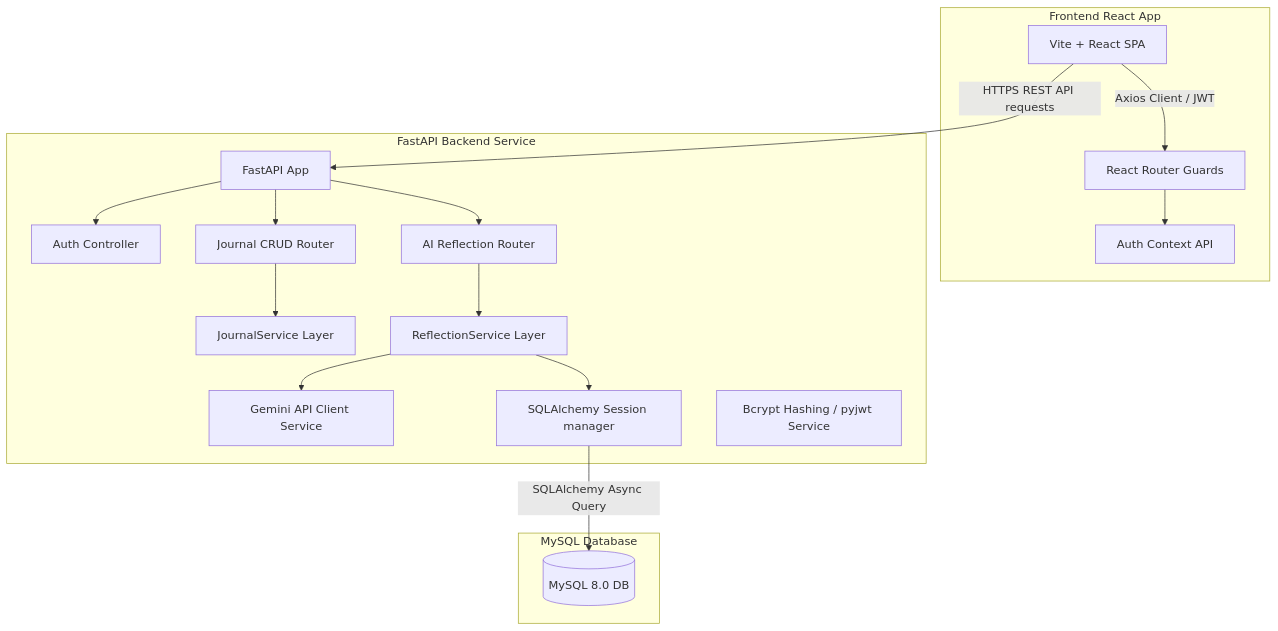
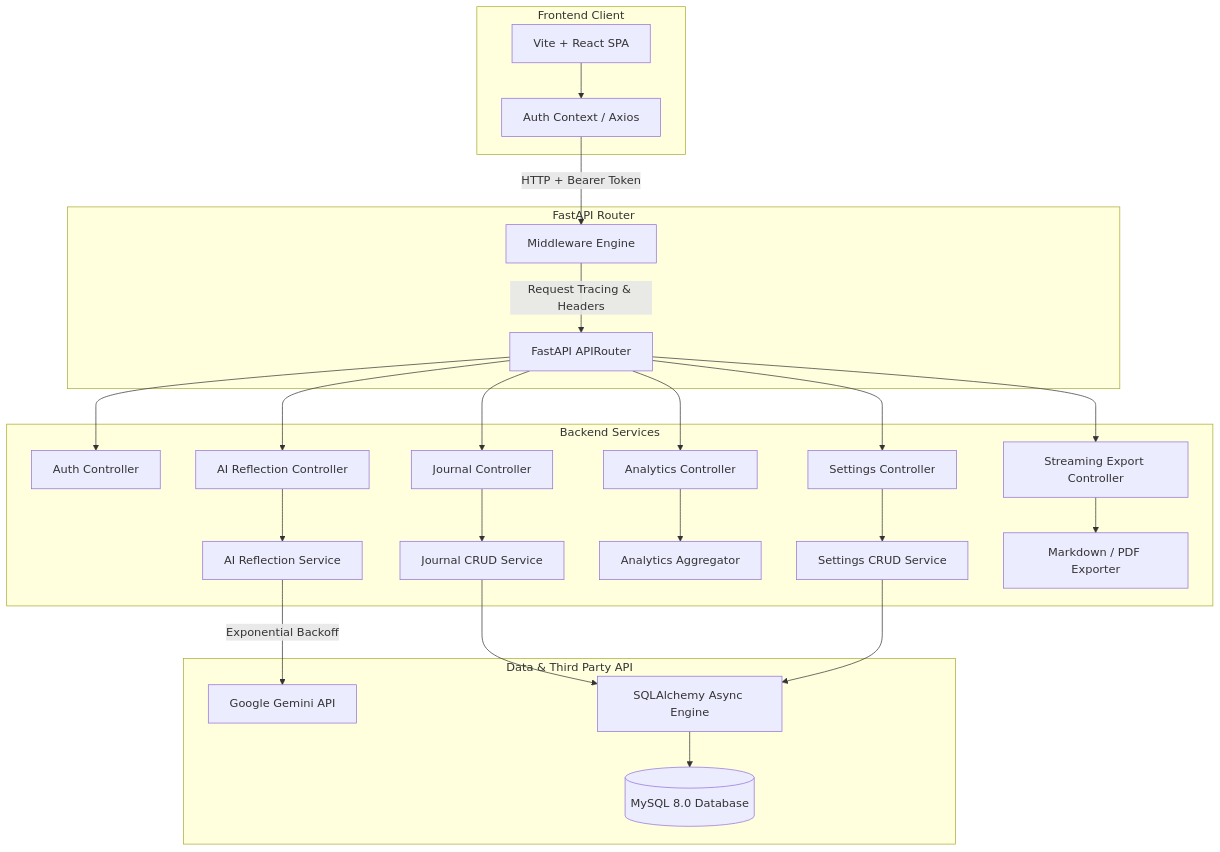
One commit to pranavseshasaisetty123-max/mindspace changed the first of 2 diagrams in README.md. Above: the diagram before and after it, drawn with Mermaid. The commit also changed other lines of this file, not shown here.

````diff
--- a/README.md
+++ b/README.md
@@ -8,33 +92,33 @@
 ```mermaid
-graph TB
-    subgraph Client Tier [Frontend React App]
-        React[Vite + React SPA] -->|Axios Client / JWT| Router[React Router Guards]
-        Router --> Context[Auth Context API]
+graph TD
+    subgraph Client Tier [Frontend Client]
+        React[Vite + React SPA] --> AuthContext[Auth Context / Axios]
     end
 
-    subgraph API Tier [FastAPI Backend Service]
-        Server[FastAPI App]
-        AuthRouter[Auth Controller]
-        JournalRouter[Journal CRUD Router]
-        ReflectionRouter[AI Reflection Router]
-        JournalService[JournalService Layer]
-        ReflectionService[ReflectionService Layer]
-        GeminiService[Gemini API Client Service]
-        DBConnection[SQLAlchemy Session manager]
-        Crypt[Bcrypt Hashing / pyjwt Service]
+    subgraph API Gateway Tier [FastAPI Router]
+        AuthContext -->|HTTP + Bearer Token| Middlewares[Middleware Engine]
+        Middlewares -->|Request Tracing & Headers| Router[FastAPI APIRouter]
     end
 
-    subgraph Storage Tier [MySQL Database]
-        MySQL[(MySQL 8.0 DB)]
+    subgraph Service Tier [Backend Services]
+        Router --> AuthController[Auth Controller]
+        Router --> JournalController[Journal Controller]
+        Router --> ReflectionController[AI Reflection Controller]
+        Router --> AnalyticsController[Analytics Controller]
+        Router --> SettingsController[Settings Controller]
+        Router --> ExportController[Streaming Export Controller]
+
+        JournalController --> JournalService[Journal CRUD Service]
+        ReflectionController --> ReflectionService[AI Reflection Service]
+        AnalyticsController --> AnalyticsService[Analytics Aggregator]
+        SettingsController --> SettingsService[Settings CRUD Service]
+        ExportController --> ExportService[Markdown / PDF Exporter]
     end
 
-    React -->|HTTPS REST API requests| Server
-    Server --> AuthRouter
-    Server --> JournalRouter
-    Server --> ReflectionRouter
-    JournalRouter --> JournalService
-    ReflectionRouter --> ReflectionService
-    ReflectionService --> GeminiService
-    ReflectionService --> DBConnection
-    DBConnection -->|SQLAlchemy Async Query| MySQL
+    subgraph Engine & DB Tier [Data & Third Party API]
+        ReflectionService -->|Exponential Backoff| Gemini[Google Gemini API]
+        JournalService --> DB[SQLAlchemy Async Engine]
+        SettingsService --> DB
+        DB --> MySQL[(MySQL 8.0 Database)]
+    end
 ```
````
